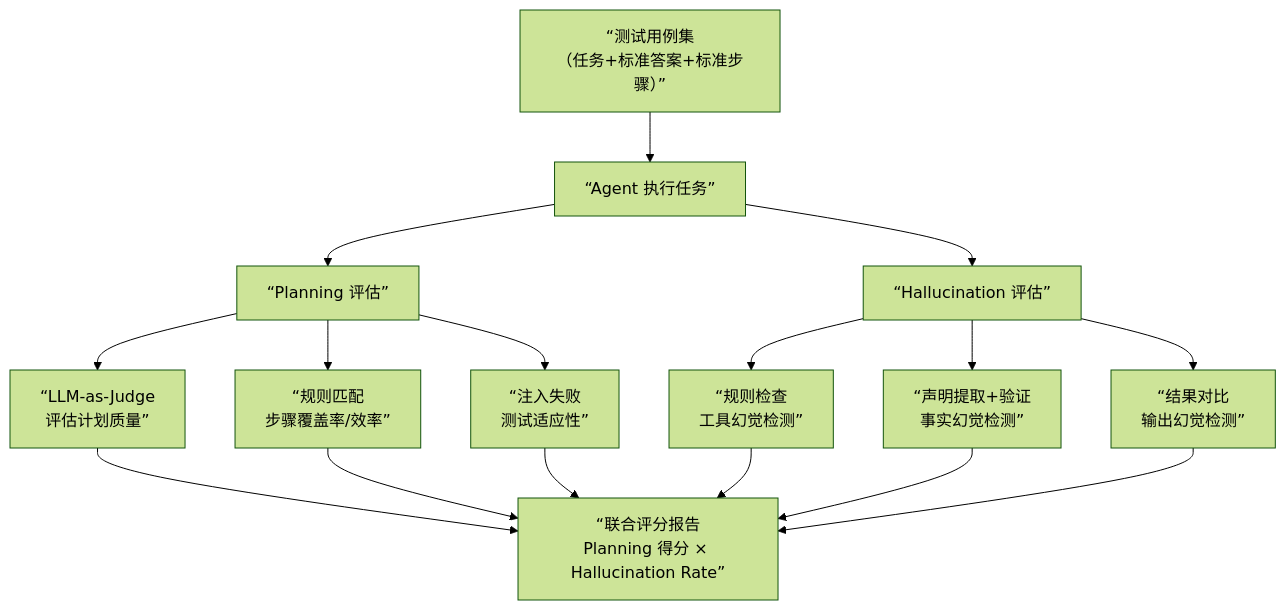
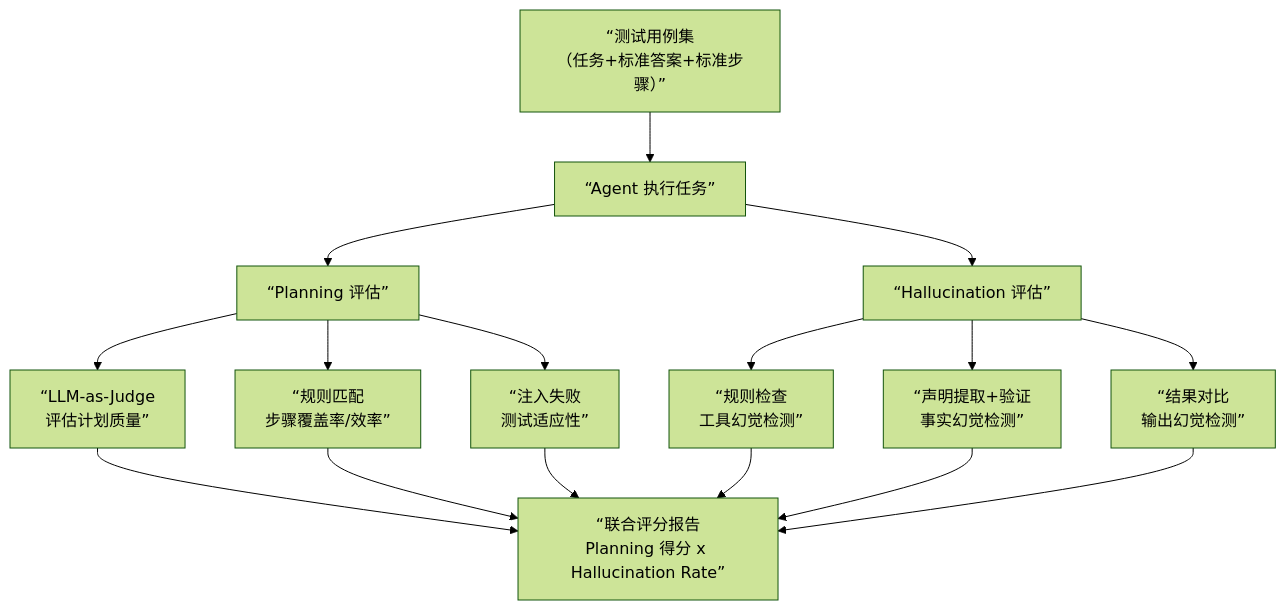
One commit to ranxi2001/zero2Agent changed the second of 5 diagrams in learn-agent-interview/05-eval-and-vision/index.md. Above: the diagram before and after it, drawn with Mermaid (forest theme). The commit also changed 1 other file, not shown here.

Commit message:
fix: mermaid 9.4.3 不支持 × (U+00D7) 字符——替换为 ASCII x
× 字符在 mermaid 9.4.3 解析器中触发 syntax error，
通过本地 HTML 测试确认隔离了该字符为唯一原因。

````diff
--- a/learn-agent-interview/05-eval-and-vision/index.md
+++ b/learn-agent-interview/05-eval-and-vision/index.md
@@ -607,21 +607,21 @@
 ```mermaid
 flowchart TB
     T[“测试用例集\n（任务+标准答案+标准步骤）”] --> R[“Agent 执行任务”]
     R --> P[“Planning 评估”]
     R --> H[“Hallucination 评估”]
     
     P --> P1[“LLM-as-Judge\n评估计划质量”]
     P --> P2[“规则匹配\n步骤覆盖率/效率”]
     P --> P3[“注入失败\n测试适应性”]
     
     H --> H1[“规则检查\n工具幻觉检测”]
     H --> H2[“声明提取+验证\n事实幻觉检测”]
     H --> H3[“结果对比\n输出幻觉检测”]
     
-    P1 --> S[“联合评分报告\nPlanning 得分 × Hallucination Rate”]
+    P1 --> S[“联合评分报告<br>Planning 得分 x Hallucination Rate”]
     P2 --> S
     P3 --> S
     H1 --> S
     H2 --> S
     H3 --> S
 ```
````
